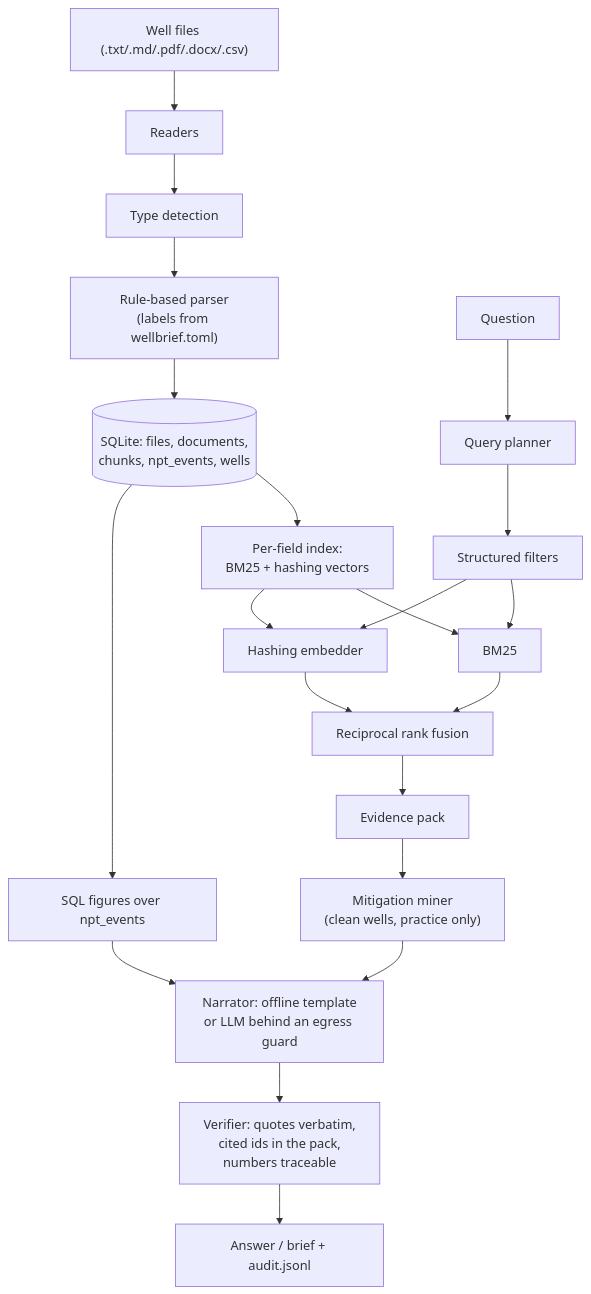
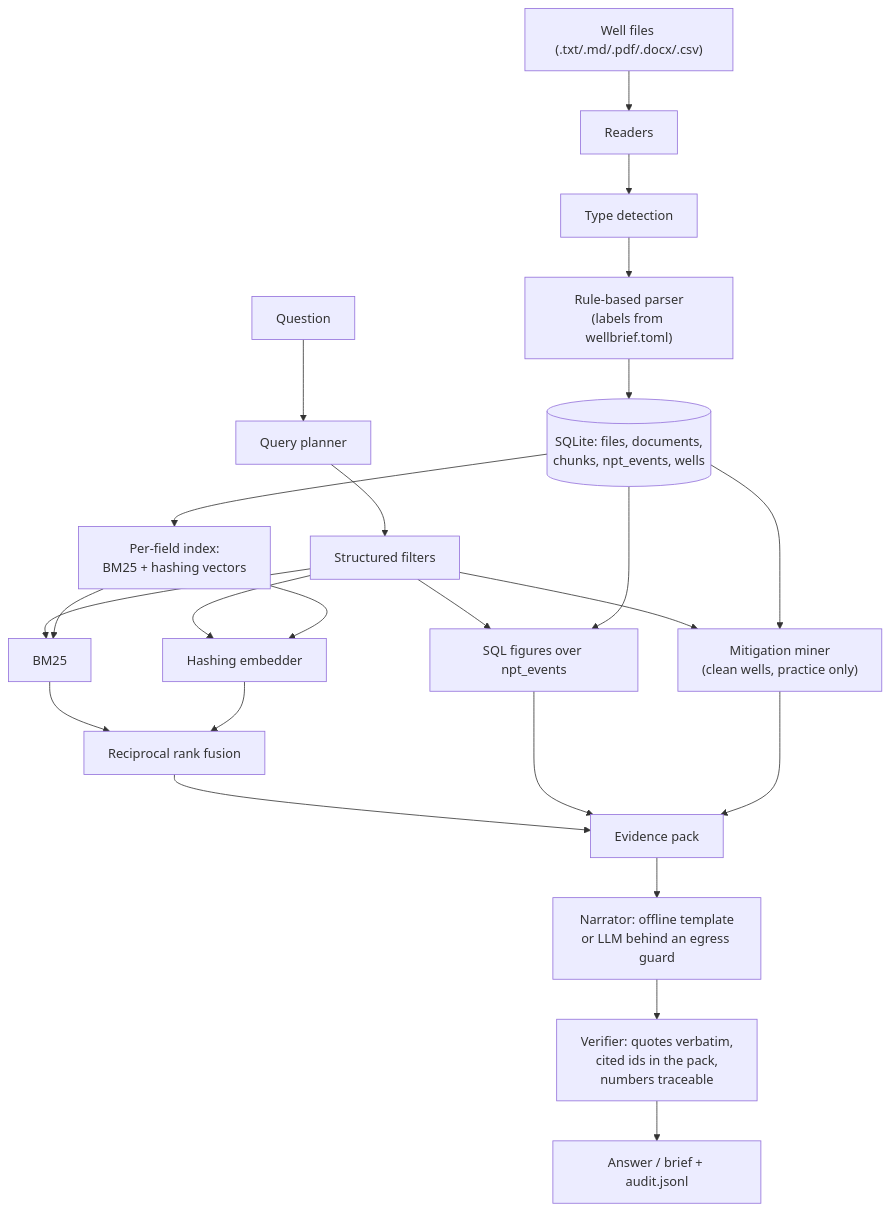
Before and after one commit to B0yko/wellbrief: the diagram in README.md, drawn with Mermaid. The commit also changed other lines of this file, not shown here.

````diff
--- a/README.md
+++ b/README.md
@@ -61,25 +61,28 @@
 ```mermaid
 flowchart TD
     files["Well files (.txt/.md/.pdf/.docx/.csv)"] --> readers["Readers"]
     readers --> detect["Type detection"]
     detect --> parse["Rule-based parser<br/>(labels from wellbrief.toml)"]
     parse --> store[("SQLite: files, documents,<br/>chunks, npt_events, wells")]
     store --> idx["Per-field index:<br/>BM25 + hashing vectors"]
 
     question["Question"] --> planner["Query planner"]
     planner --> filters["Structured filters"]
     filters --> bm25["BM25"]
     filters --> dense["Hashing embedder"]
     idx --> bm25
     idx --> dense
     bm25 --> rrf["Reciprocal rank fusion"]
     dense --> rrf
     rrf --> pack["Evidence pack"]
 
-    store --> sql["SQL figures over npt_events"]
-    pack --> miner["Mitigation miner<br/>(clean wells, practice only)"]
-    sql --> narrator["Narrator: offline template<br/>or LLM behind an egress guard"]
-    miner --> narrator
+    filters --> sql["SQL figures over npt_events"]
+    store --> sql
+    filters --> miner["Mitigation miner<br/>(clean wells, practice only)"]
+    store --> miner
+    sql --> pack
+    miner --> pack
+    pack --> narrator["Narrator: offline template<br/>or LLM behind an egress guard"]
     narrator --> verify["Verifier: quotes verbatim,<br/>cited ids in the pack,<br/>numbers traceable"]
     verify --> out["Answer / brief + audit.jsonl"]
 ```
````
